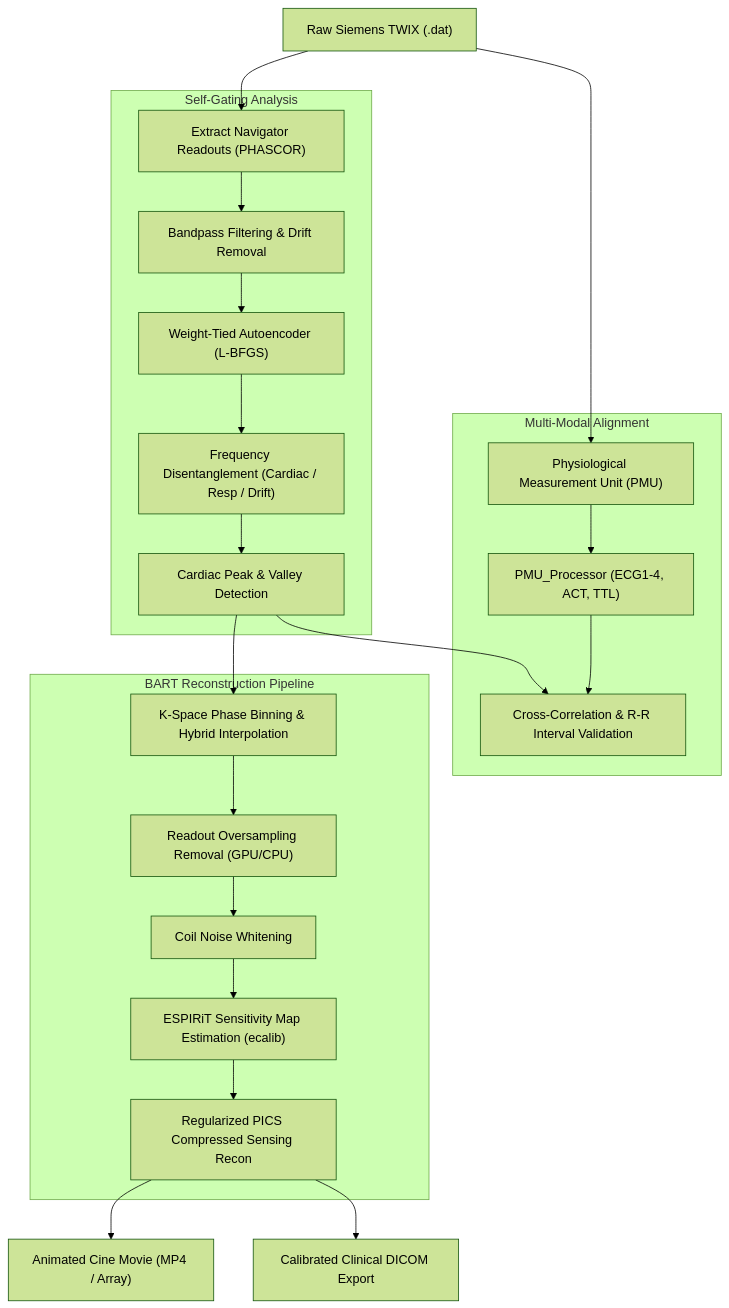
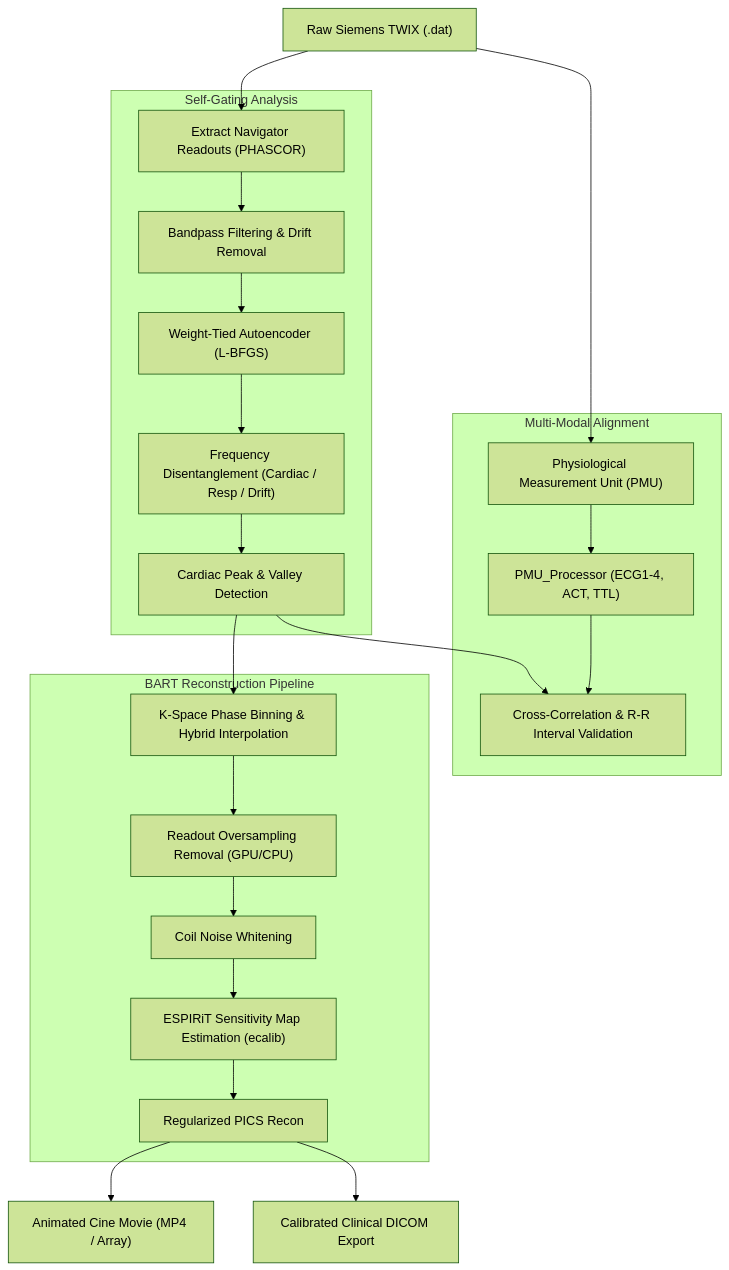
One commit to timnotavailable/Autogate changed the diagram in README.md. Above: the diagram before and after it, drawn with Mermaid (forest theme).

Commit message:
Update README to correct PICS Recon description

````diff
--- a/README.md
+++ b/README.md
@@ -30,29 +30,29 @@
 ```mermaid
 flowchart TD
     A["Raw Siemens TWIX (.dat)"] --> B["Extract Navigator Readouts (PHASCOR)"]
     A --> C["Physiological Measurement Unit (PMU)"]
     
     subgraph Self-Gating Analysis
         B --> D["Bandpass Filtering & Drift Removal"]
         D --> E["Weight-Tied Autoencoder (L-BFGS)"]
         E --> F["Frequency Disentanglement (Cardiac / Resp / Drift)"]
         F --> G["Cardiac Peak & Valley Detection"]
     end
     
     subgraph Multi-Modal Alignment
         C --> H["PMU_Processor (ECG1-4, ACT, TTL)"]
         G --> I["Cross-Correlation & R-R Interval Validation"]
         H --> I
     end
     
     subgraph Reconstruction [BART Reconstruction Pipeline]
         G --> J["K-Space Phase Binning & Hybrid Interpolation"]
         J --> K["Readout Oversampling Removal (GPU/CPU)"]
         K --> L["Coil Noise Whitening"]
         L --> M["ESPIRiT Sensitivity Map Estimation (ecalib)"]
-        M --> N["Regularized PICS Compressed Sensing Recon"]
+        M --> N["Regularized PICS  Recon"]
     end
     
     N --> O["Animated Cine Movie (MP4 / Array)"]
     N --> P["Calibrated Clinical DICOM Export"]
 ```
````
